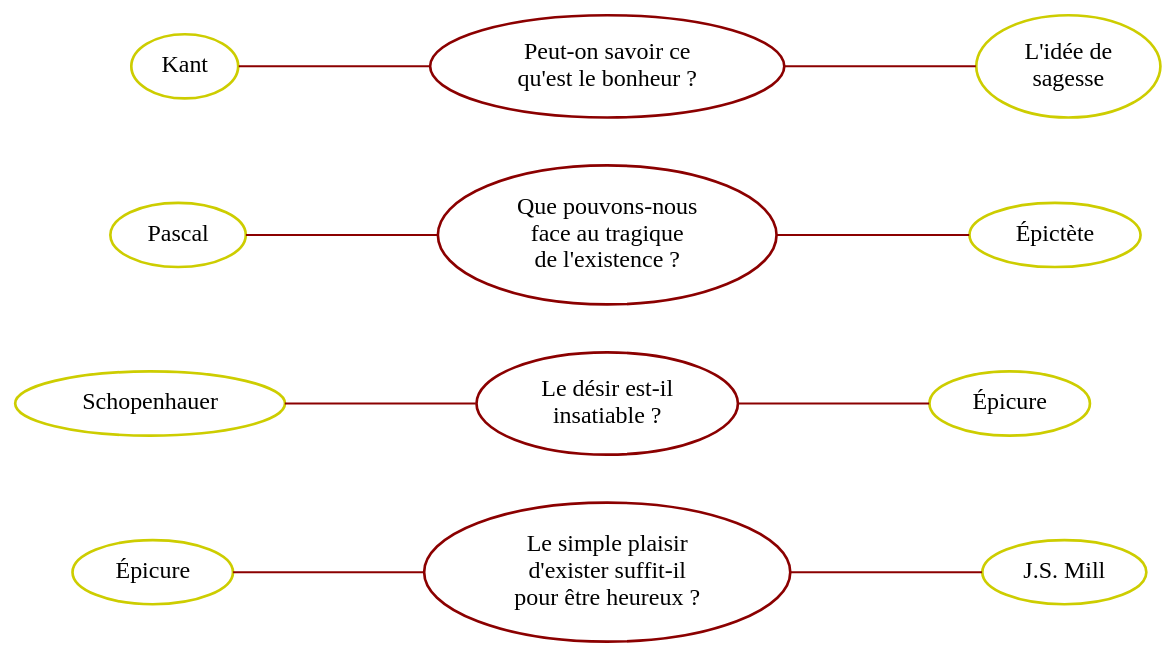
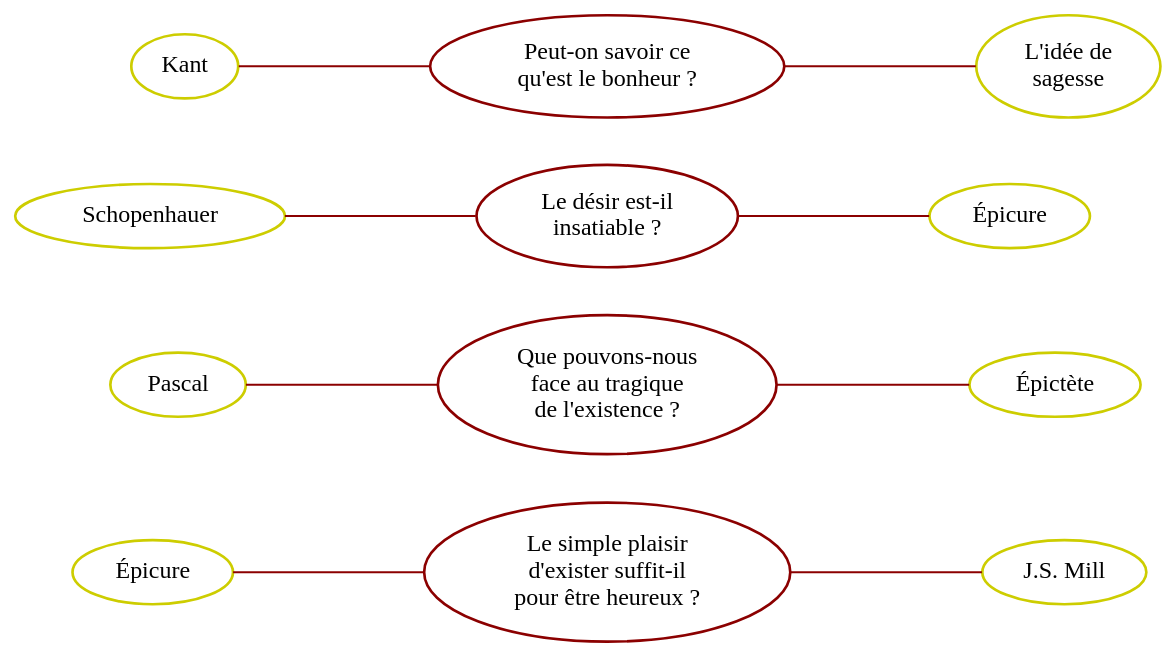
Before and after one commit to eyssette/graphviz-examples: the diagram in plans/test-plan.dot, drawn with Graphviz. The commit also changed 1 other file, not shown here.

```diff
--- a/plans/test-plan.dot
+++ b/plans/test-plan.dot
@@ -1,46 +1,46 @@
 digraph G {
 nodesep=2
 node[style=rounded, shape=oval, margin=0.1, color=red4, penwidth=2, fontsize=18]
 edge[style=invis]
 
 a[label="Peut-on savoir ce
 qu'est le bonheur ?"]
 b[label="Que pouvons-nous
 face au tragique
 de l'existence ?"]
 c[label="Le désir est-il
 insatiable ?"]
 d[label="Le simple plaisir
 d'exister suffit-il
 pour être heureux ?"]
 
-a->b->c->d
+a->c->b->d
 
 node[color=yellow3]
 edge[style="", color=red4, penwidth=1.5,arrowhead=none, arrowtail=none]
 {rank=same
 a1->a[dir=back]
 a->a2}
 {rank=same
 b1->b[dir=back]
 b->b2}
 {rank=same
 c1->c[dir=back]
 c->c2}
 {rank=same
 d1->d[dir=back]
 d->d2}
 
 a1[label="Kant"]
 a2[label="L'idée de
 sagesse"]
 b1[label="Pascal"]
 b2[label="Épictète"]
 c1[label="Schopenhauer"]
 c2[label="Épicure"]
 d1[label="Épicure"]
 d2[label="J.S. Mill"]
 
 
 
 }
```
